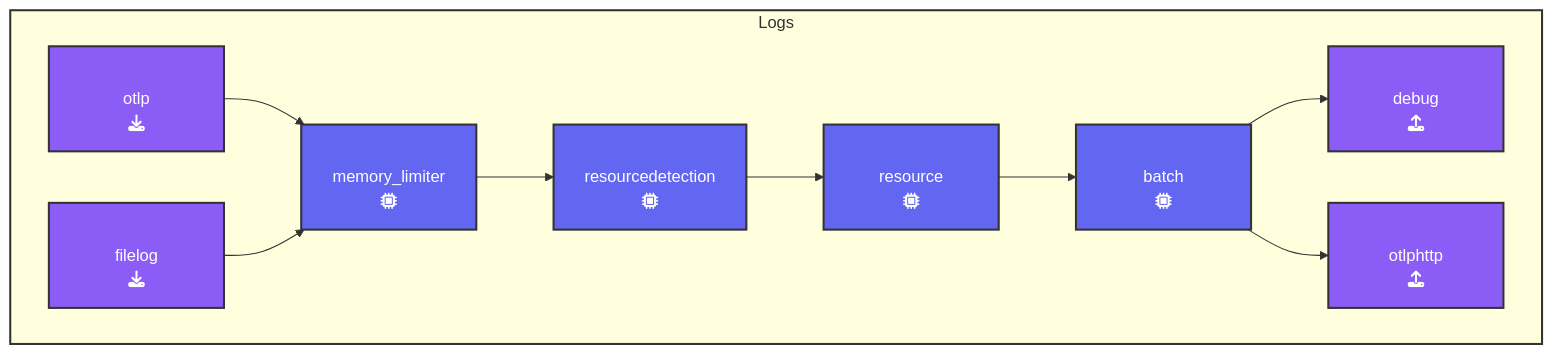
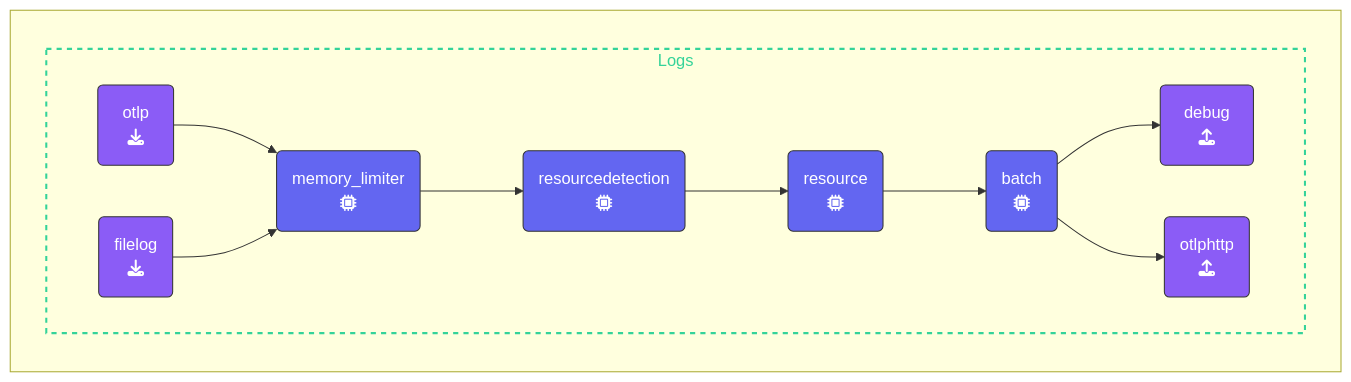
The diagram in content/en/ninja-workshops/10-advanced-otel/3-filelog/1-filelog-configuration.md (splunk/observability-workshop), drawn with Mermaid before and after one commit. The commit also changed other lines of this file, not shown here.

Commit message:
Updated Mermaid chart

````diff
--- a/content/en/ninja-workshops/10-advanced-otel/3-filelog/1-filelog-configuration.md
+++ b/content/en/ninja-workshops/10-advanced-otel/3-filelog/1-filelog-configuration.md
@@ -36,29 +36,31 @@
 ```mermaid
+%%{init:{"fontFamily":"monospace"}}%%
 graph LR
-  subgraph box[Logs]
-    direction LR
     %% Nodes
-      A[otlp<br>fa:fa-download]:::receiver
-      C[filelog<br>fa:fa-download]:::receiver
-      D[memory_limiter<br>fa:fa-microchip]:::processor
-      E[resource<br>fa:fa-microchip]:::processor
-      F[resourcedetection<br>fa:fa-microchip]:::processor      
-      J[batch<br>fa:fa-microchip]:::processor
-      L[debug<br>fa:fa-upload]:::exporter
-      N[otlphttp<br>fa:fa-upload]:::exporter
-
+      REC1(&nbsp;&nbsp;otlp&nbsp;&nbsp;<br>fa:fa-download):::receiver
+      REC2(filelog<br>fa:fa-download):::receiver
+      PRO1(memory_limiter<br>fa:fa-microchip):::processor
+      PRO2(resourcedetection<br>fa:fa-microchip):::processor
+      PRO3(resource<br>fa:fa-microchip):::processor
+      PRO4(batch<br>fa:fa-microchip):::processor
+      EXP1(&ensp;debug&ensp;<br>fa:fa-upload):::exporter
+      EXP2(otlphttp<br>fa:fa-upload):::exporter
+    %% Links
+    subID1:::sub-logs
+    subgraph " "
+      subgraph subID1[Logs]
+      direction LR
+      REC1 --> PRO1
+      REC2 --> PRO1
+      PRO1 --> PRO2
+      PRO2 --> PRO3
+      PRO3 --> PRO4
+      PRO4 --> EXP1
+      PRO4 --> EXP2
+      end
     end
-    %% Links
-      A --> D
-      C --> D
-      D --> F
-      F --> E
-      E --> J
-      J --> L
-      J --> N
-
-classDef receiver fill:#8b5cf6,stroke:#333,stroke-width:2px,padding-left:110px,color:#fff;
-classDef processor fill:#6366f1,stroke:#333,stroke-width:2px,padding-left:110px,color:#fff;
-classDef exporter fill:#8b5cf6,stroke:#333,stroke-width:2px, padding-left:110px,color:#fff;
-style box stroke:#333,stroke-width:2px,fill:#f9a9a9a;
+classDef receiver,exporter fill:#8b5cf6,stroke:#333,stroke-width:1px,color:#fff;
+classDef processor fill:#6366f1,stroke:#333,stroke-width:1px,color:#fff;
+classDef con-receive,con-export fill:#45c175,stroke:#333,stroke-width:1px,color:#fff;
+classDef sub-logs stroke:#34d399,stroke-width:2px, color:#34d399,stroke-dasharray: 5 5;
 ```
````
